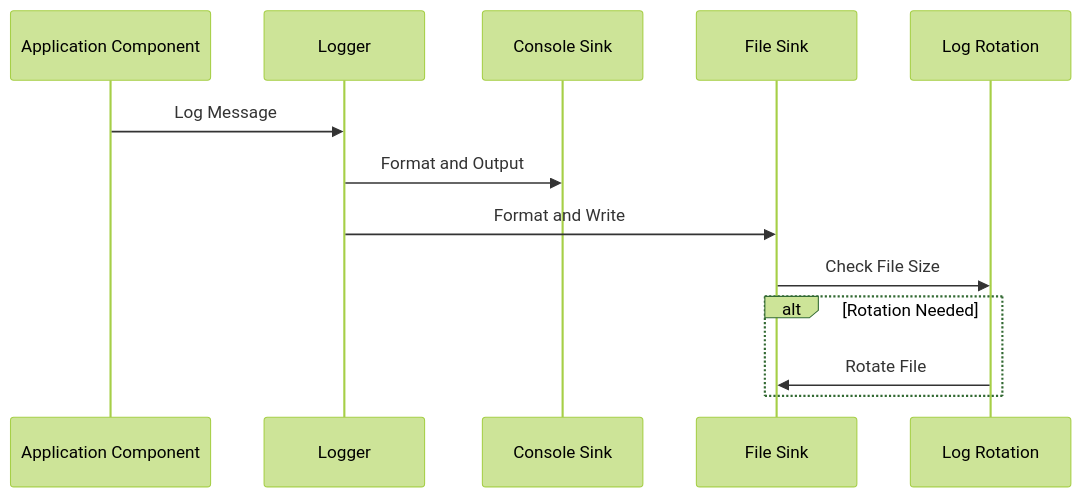
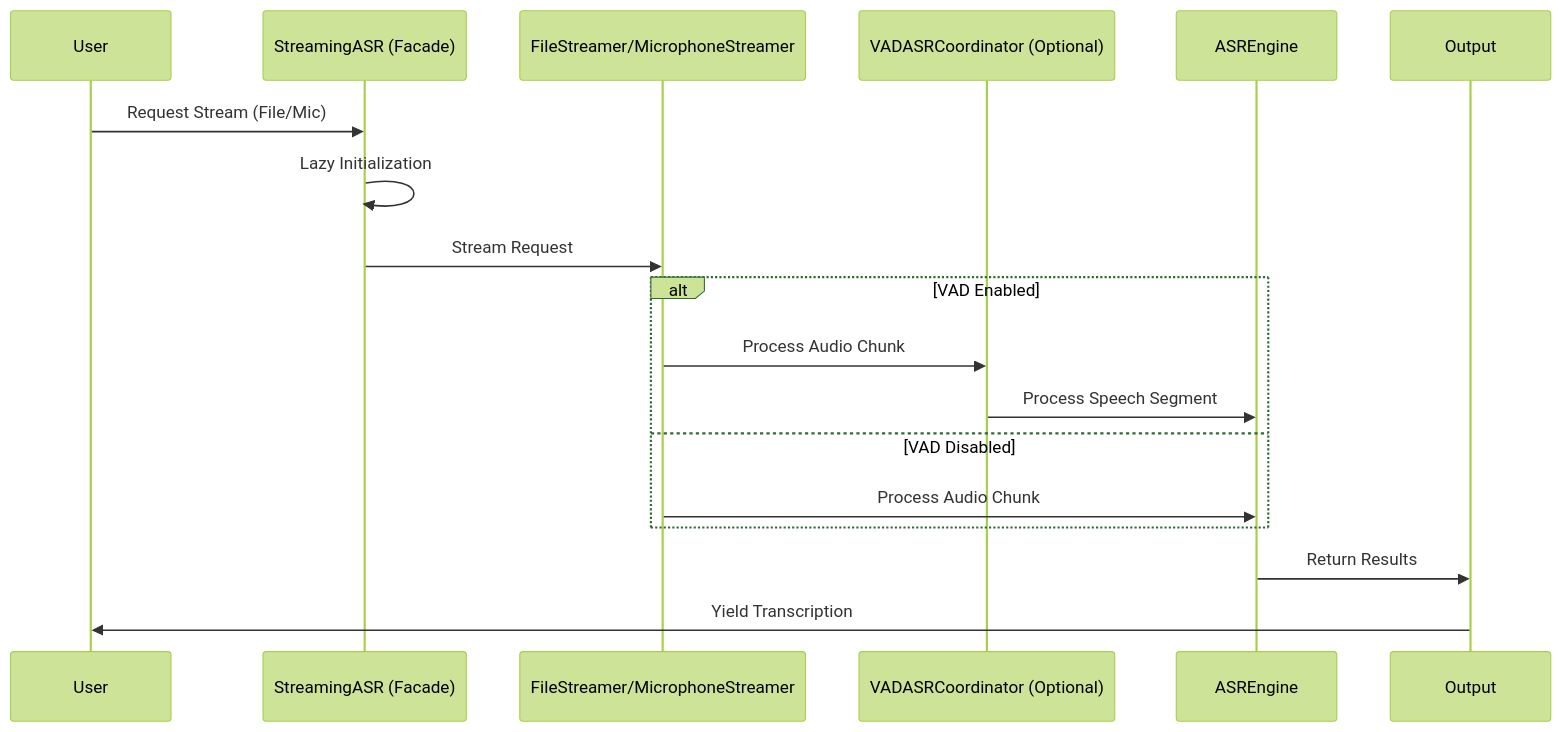
One commit to leakless21/ViStreamASR changed the fourth of 6 diagrams in docs/ARCHITECTURE.md. Above: the diagram before and after it, drawn with Mermaid (forest theme). The commit also changed other lines of this file and 25 other files, not shown here.

````diff
--- a/docs/ARCHITECTURE.md
+++ b/docs/ARCHITECTURE.md
@@ -284,16 +458,21 @@
 ```mermaid
 sequenceDiagram
-    participant A as Application Component
-    participant B as Logger
-    participant C as Console Sink
-    participant D as File Sink
-    participant E as Log Rotation
+    participant A as User
+    participant B as StreamingASR (Facade)
+    participant C as FileStreamer/MicrophoneStreamer
+    participant D as VADASRCoordinator (Optional)
+    participant E as ASREngine
+    participant F as Output
 
-    A->>B: Log Message
-    B->>C: Format and Output
-    B->>D: Format and Write
-    D->>E: Check File Size
-    alt Rotation Needed
-        E->>D: Rotate File
+    A->>B: Request Stream (File/Mic)
+    B->>B: Lazy Initialization
+    B->>C: Stream Request
+    alt VAD Enabled
+        C->>D: Process Audio Chunk
+        D->>E: Process Speech Segment
+    else VAD Disabled
+        C->>E: Process Audio Chunk
     end
+    E->>F: Return Results
+    F->>A: Yield Transcription
 ```
````
